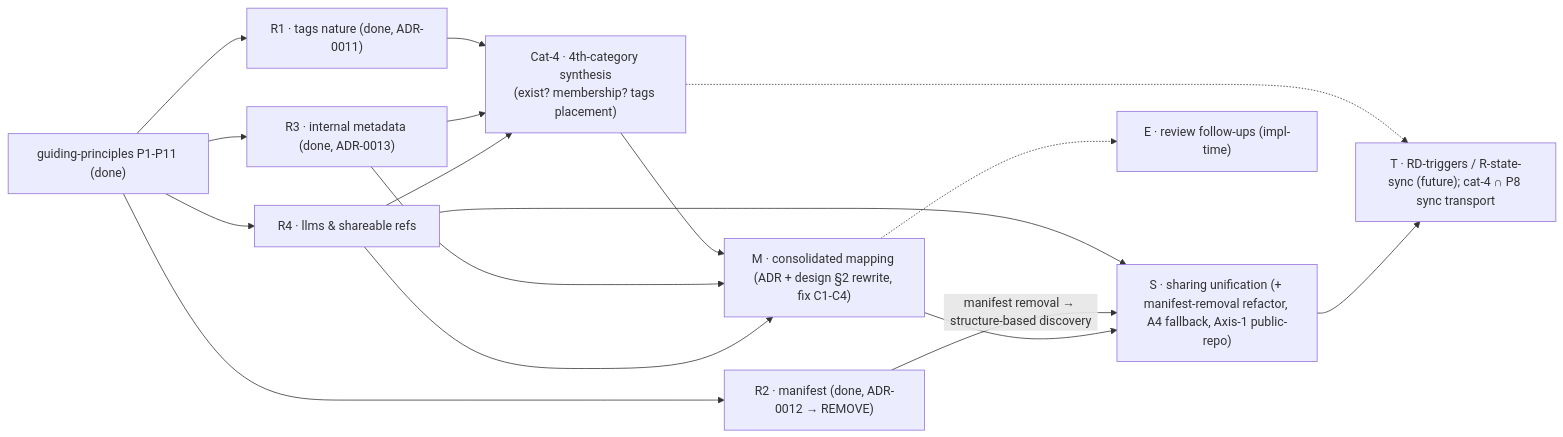
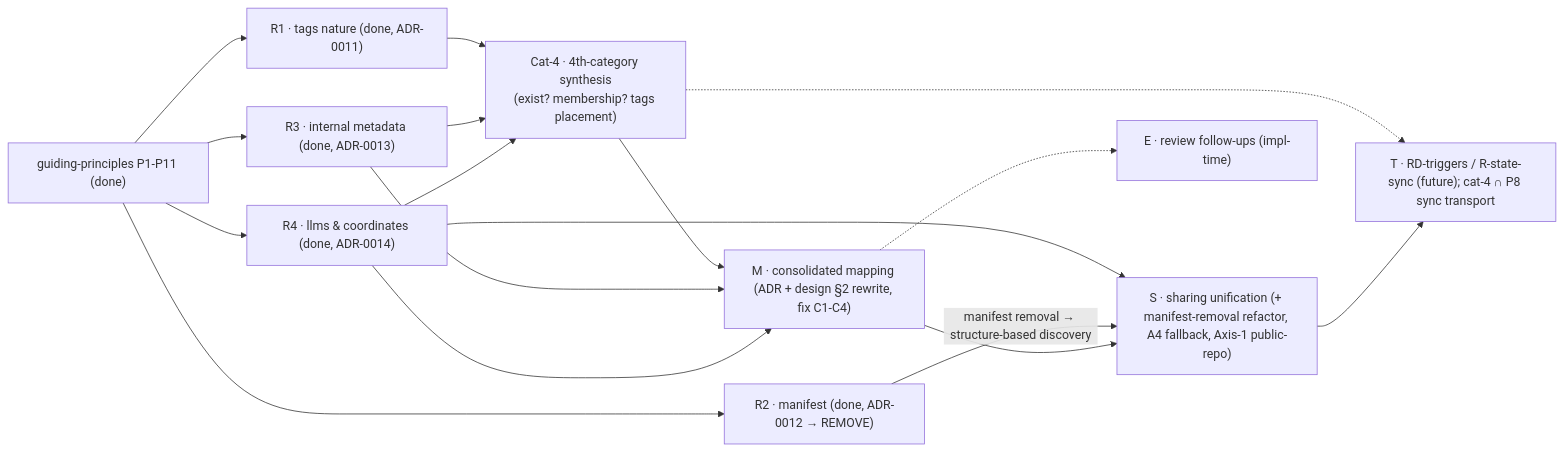
The diagram in docs/maintainer/configuration/decentralized-config/analysis-roadmap.md (alergyonthestage/claude-orchestrator), drawn with Mermaid before and after one commit. The commit also changed other lines of this file and 3 other files, not shown here.

````diff
--- a/docs/maintainer/configuration/decentralized-config/analysis-roadmap.md
+++ b/docs/maintainer/configuration/decentralized-config/analysis-roadmap.md
@@ -175,19 +183,19 @@
 ```mermaid
 flowchart LR
   P["guiding-principles P1-P11 (done)"] --> R1["R1 · tags nature (done, ADR-0011)"]
   P --> R2["R2 · manifest (done, ADR-0012 → REMOVE)"]
   P --> R3["R3 · internal metadata (done, ADR-0013)"]
-  P --> R4["R4 · llms & shareable refs"]
+  P --> R4["R4 · llms & coordinates (done, ADR-0014)"]
   R1 --> C4["Cat-4 · 4th-category synthesis<br/>(exist? membership? tags placement)"]
   R3 --> C4
   R4 --> C4
   C4 --> M["M · consolidated mapping (ADR + design §2 rewrite, fix C1-C4)"]
   R3 --> M
   R4 --> M
   R4 --> S["S · sharing unification (+ manifest-removal refactor, A4 fallback, Axis-1 public-repo)"]
   R2 -- "manifest removal → structure-based discovery" --> S
   M --> S
   C4 -.-> T["T · RD-triggers / R-state-sync (future); cat-4 ∩ P8 sync transport"]
   S --> T
   M -.-> E["E · review follow-ups (impl-time)"]
 ```
````
